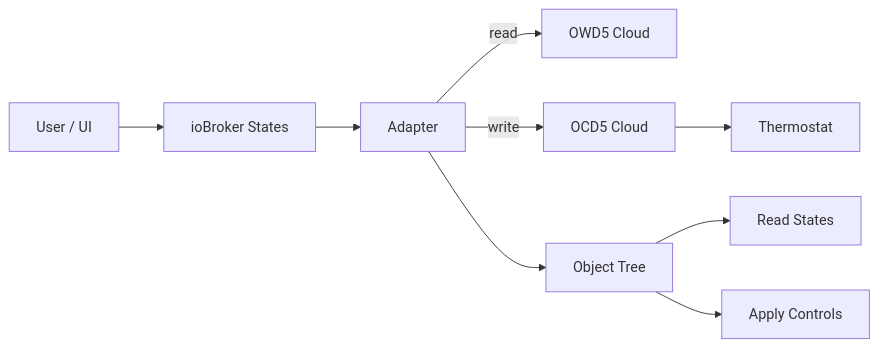
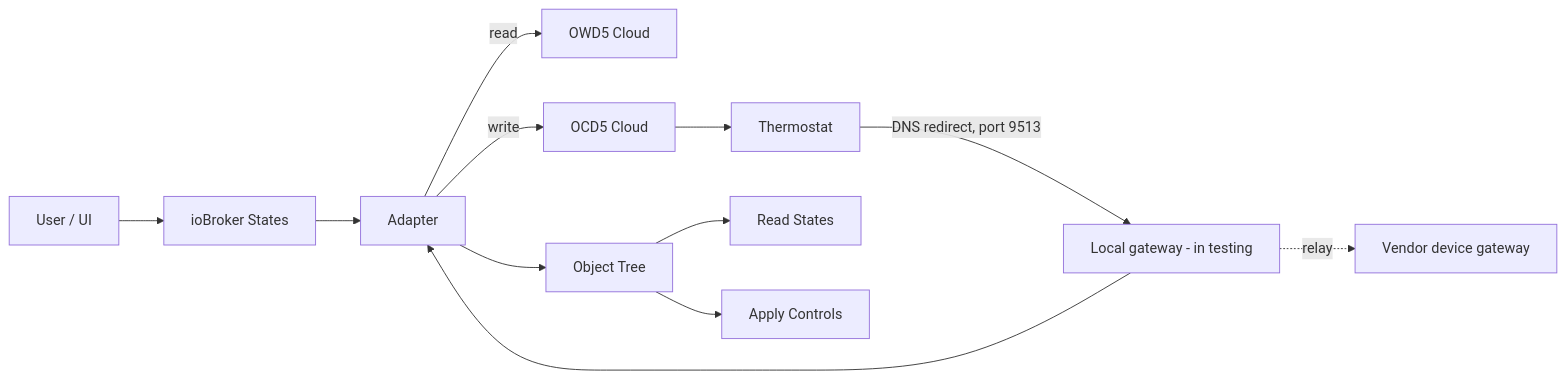
The first of 2 diagrams in docs/de/adapterref/iobroker.schlueter-thermostat/README.md (ioBroker/ioBroker.docs), drawn with Mermaid before and after one commit. The commit also changed other lines of this file and 797 other files, not shown here.

````diff
--- a/docs/de/adapterref/iobroker.schlueter-thermostat/README.md
+++ b/docs/de/adapterref/iobroker.schlueter-thermostat/README.md
@@ -73,13 +76,17 @@
 ```mermaid
 flowchart LR
   UI[User / UI] --> IO[ioBroker States]
   IO --> ADP[Adapter]
 
   ADP -->|read| OWD5[OWD5 Cloud]
   ADP -->|write| OCD5[OCD5 Cloud]
   OCD5 --> TH[Thermostat]
 
+  TH -->|DNS redirect, port 9513| GW[Local gateway - in testing]
+  GW --> ADP
+  GW -.->|relay| VG[Vendor device gateway]
+
   ADP --> OBJ[Object Tree]
   OBJ --> RO[Read States]
   OBJ --> AP[Apply Controls]
 ```
````
